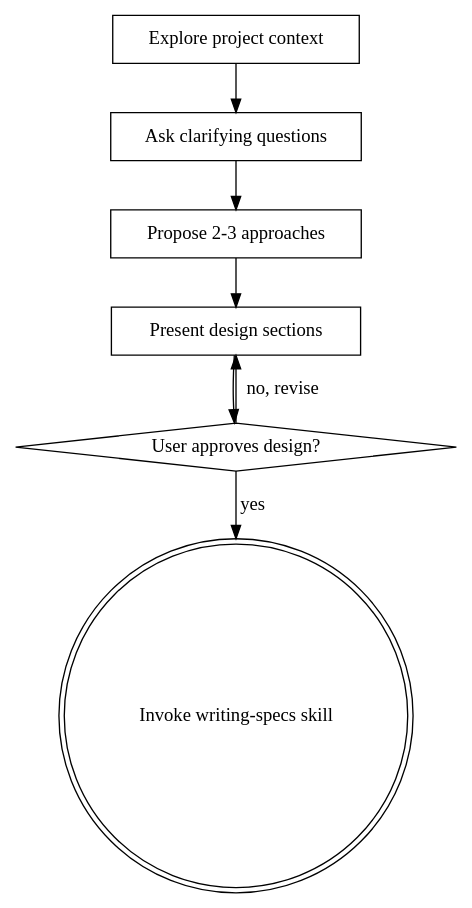
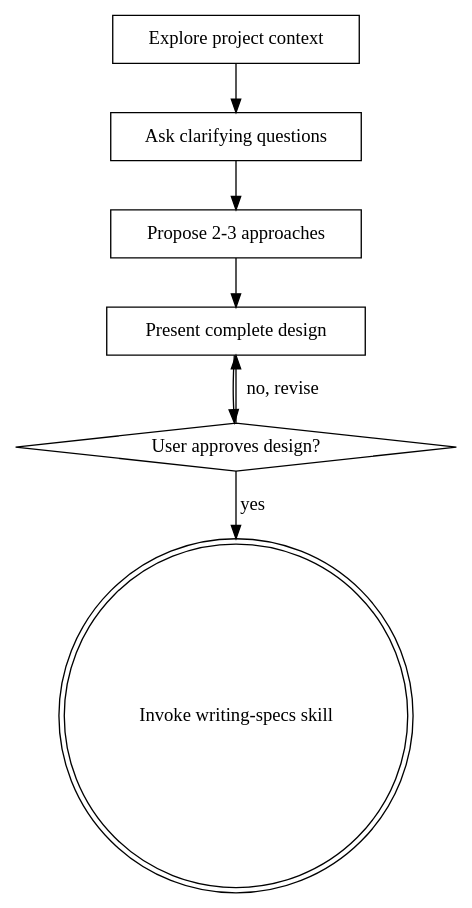
The diagram in skills/brainstorming/SKILL.md (apple-ouyang/superpowers), drawn with Graphviz before and after one commit. The commit also changed other lines of this file, not shown here.

````diff
--- a/skills/brainstorming/SKILL.md
+++ b/skills/brainstorming/SKILL.md
@@ -51,17 +51,17 @@
 ```dot
 digraph brainstorming {
     "Explore project context" [shape=box];
     "Ask clarifying questions" [shape=box];
     "Propose 2-3 approaches" [shape=box];
-    "Present design sections" [shape=box];
+    "Present complete design" [shape=box];
     "User approves design?" [shape=diamond];
     "Invoke writing-specs skill" [shape=doublecircle];
 
     "Explore project context" -> "Ask clarifying questions";
     "Ask clarifying questions" -> "Propose 2-3 approaches";
-    "Propose 2-3 approaches" -> "Present design sections";
-    "Present design sections" -> "User approves design?";
-    "User approves design?" -> "Present design sections" [label="no, revise"];
+    "Propose 2-3 approaches" -> "Present complete design";
+    "Present complete design" -> "User approves design?";
+    "User approves design?" -> "Present complete design" [label="no, revise"];
     "User approves design?" -> "Invoke writing-specs skill" [label="yes"];
 }
 ```
````
